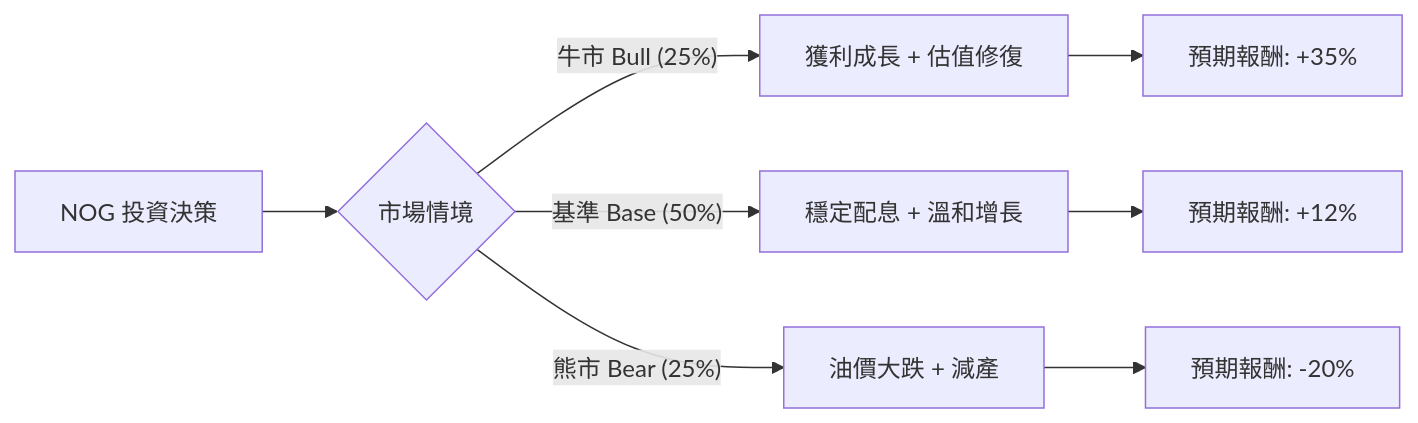
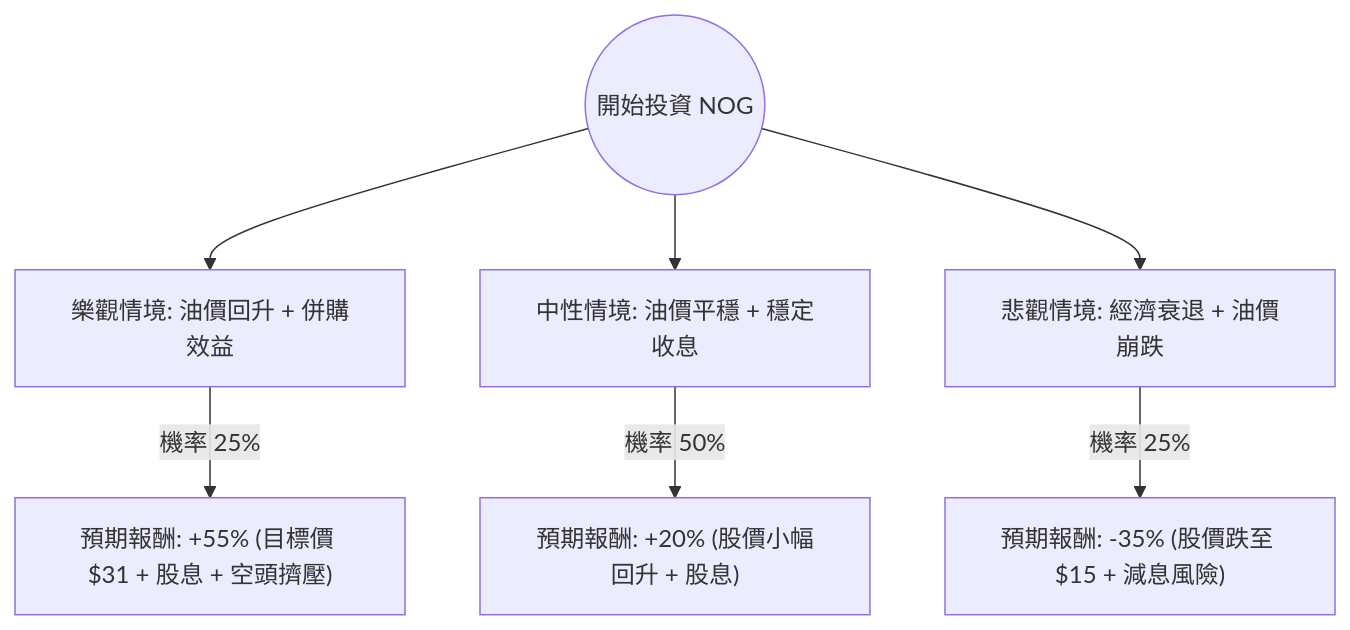
Before and after one commit to zmcx16/zmcx16.github.io: the diagram in plugin-react/ai-analysis/ev-analysis/NOG.md, drawn with Mermaid. The commit also changed other lines of this file and 77 other files, not shown here.

````diff
--- a/plugin-react/ai-analysis/ev-analysis/NOG.md
+++ b/plugin-react/ai-analysis/ev-analysis/NOG.md
@@ -20,13 +22,10 @@
 ```mermaid
-graph LR
-    A[NOG 投資決策] --> B{市場情境}
-    
-    B -- 牛市 Bull (25%) --> B1[獲利成長 + 估值修復]
-    B1 --> B2[預期報酬: +35%]
-    
-    B -- 基準 Base (50%) --> C1[穩定配息 + 溫和增長]
-    C1 --> C2[預期報酬: +12%]
-    
-    B -- 熊市 Bear (25%) --> D1[油價大跌 + 減產]
-    D1 --> D2[預期報酬: -20%]
+graph TD
+    Start((開始投資 NOG)) --> Bull[樂觀情境: 油價回升 + 併購效益]
+    Start --> Base[中性情境: 油價平穩 + 穩定收息]
+    Start --> Bear[悲觀情境: 經濟衰退 + 油價崩跌]
+
+    Bull -- "機率 25%" --> BullVal["預期報酬: +55% (目標價 $31 + 股息 + 空頭擠壓)"]
+    Base -- "機率 50%" --> BaseVal["預期報酬: +20% (股價小幅回升 + 股息)"]
+    Bear -- "機率 25%" --> BearVal["預期報酬: -35% (股價跌至 $15 + 減息風險)"]
 ```
````
